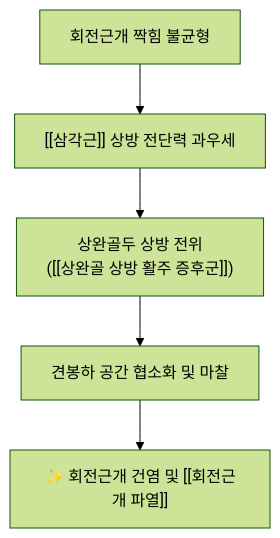
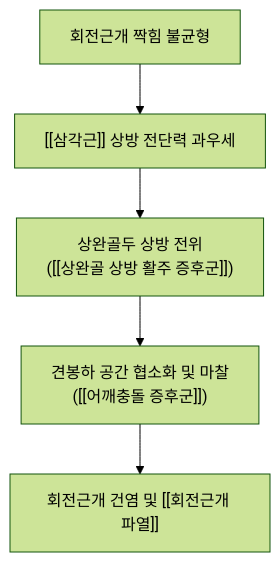
The second of 2 diagrams in content/1. 근골격계 공부/근육/(4) 어깨/회전근개.md (simbio11/simbio-digital-garden2), drawn with Mermaid (forest theme) before and after one commit. The commit also changed other lines of this file and 150 other files, not shown here.

````diff
--- a/content/1. 근골격계 공부/근육/(4) 어깨/회전근개.md
+++ b/content/1. 근골격계 공부/근육/(4) 어깨/회전근개.md
@@ -62,8 +78,7 @@
 ```mermaid
 graph TD
     RotatorImbalance["회전근개 짝힘 불균형"] --> ShearDominance["[[삼각근]] 상방 전단력 과우세"]
-    ShearDominance --> SuperiorMigration["상완골두 상방 전위
-([[상완골 상방 활주 증후군]])"]
-    SuperiorMigration --> Impingement["견봉하 공간 협소화 및 마찰"]
-    Impingement --> CuffTear["✨ 회전근개 건염 및 [[회전근개 파열]]"]
+    ShearDominance --> SuperiorMigration["상완골두 상방 전위<br>([[상완골 상방 활주 증후군]])"]
+    SuperiorMigration --> Impingement["견봉하 공간 협소화 및 마찰<br>([[어깨충돌 증후군]])"]
+    Impingement --> CuffTear["회전근개 건염 및 [[회전근개 파열]]"]
 ```
````
